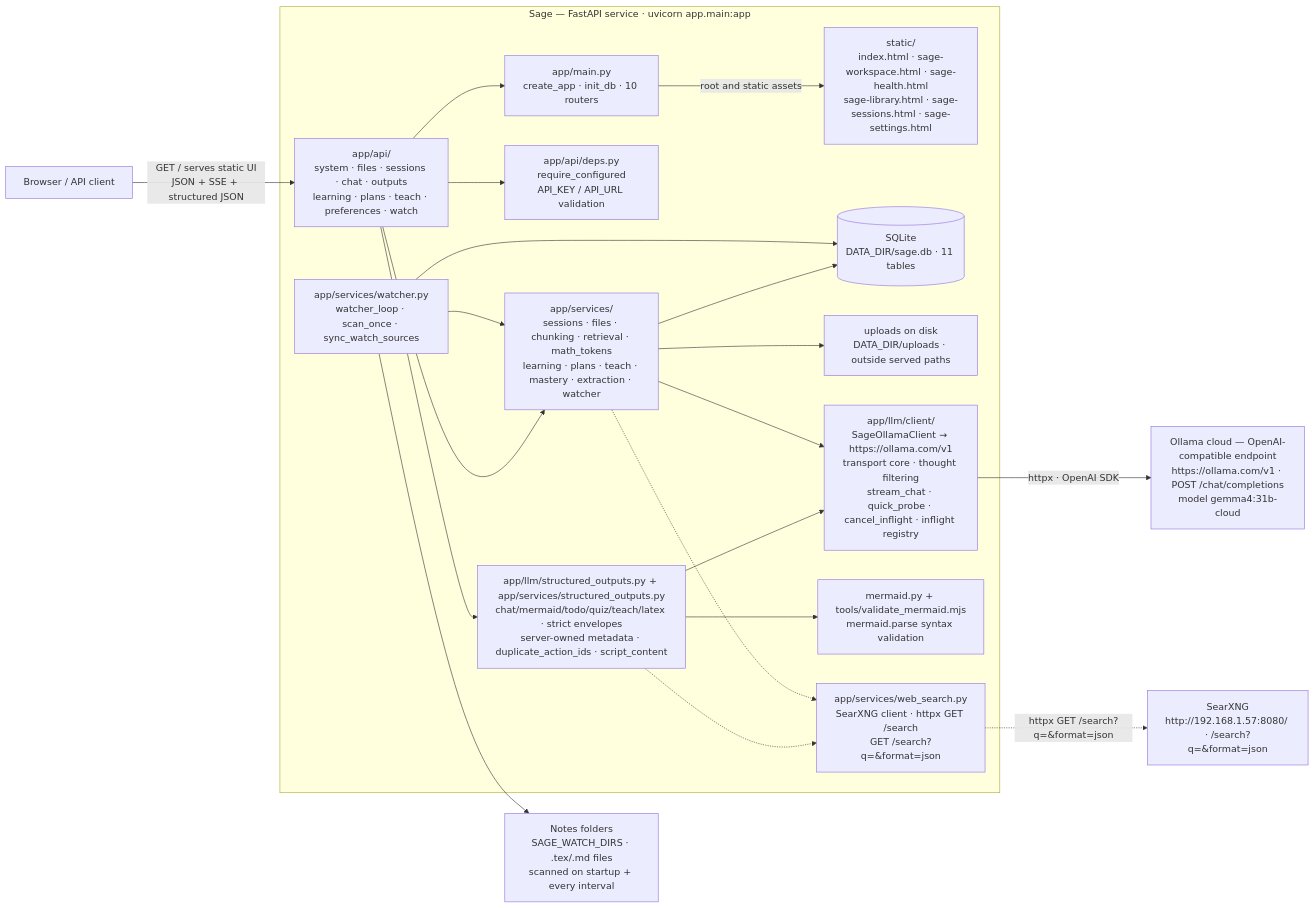
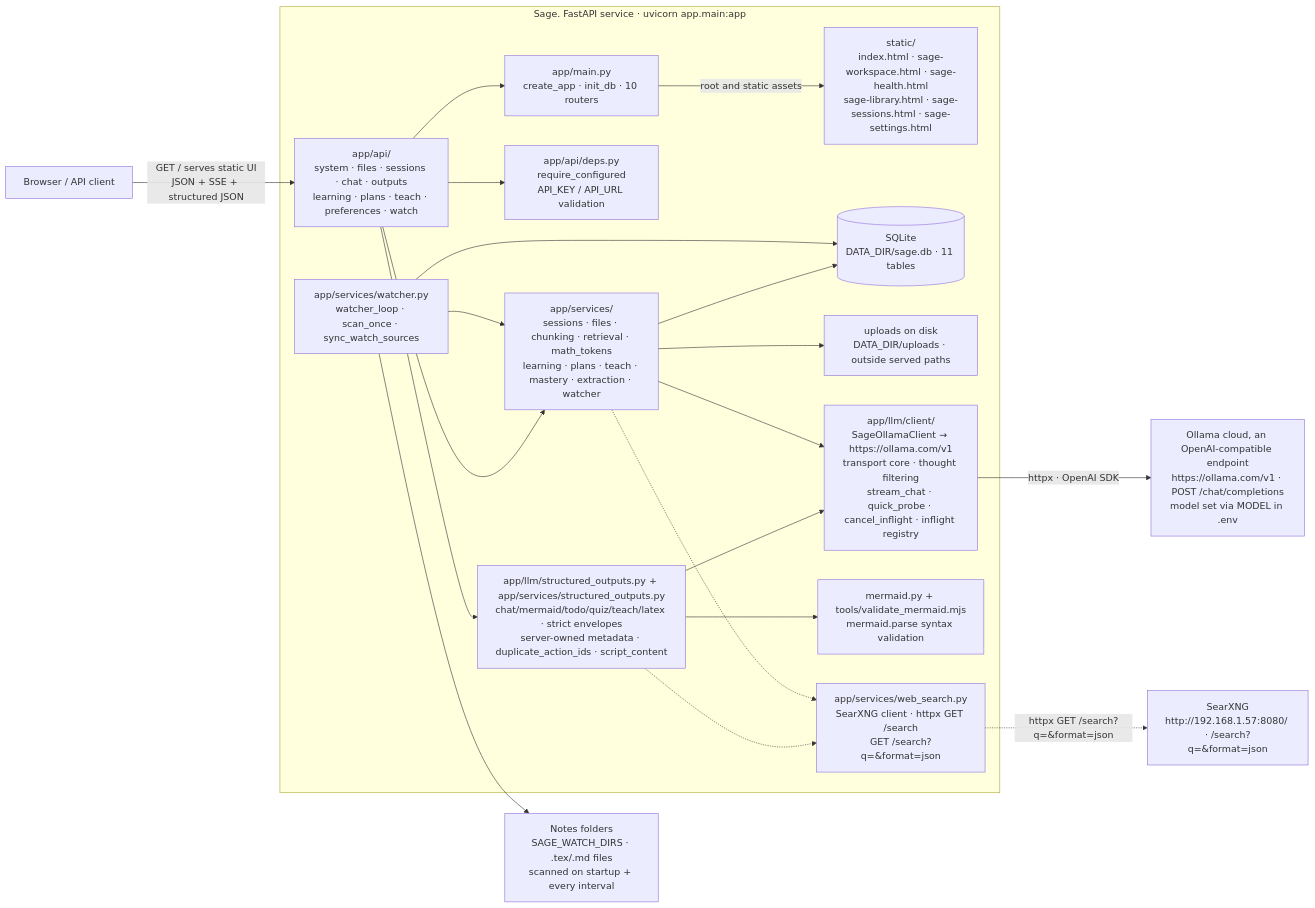
One commit to totallynotbrent/Sage changed the first of 5 diagrams in README.md. Above: the diagram before and after it, drawn with Mermaid. The commit also changed other lines of this file and 37 other files, not shown here.

````diff
--- a/README.md
+++ b/README.md
@@ -111,40 +111,40 @@
 ```mermaid
 flowchart LR
     CLIENT["Browser / API client"] -->|"GET / serves static UI<br/>JSON + SSE + structured JSON"| API
-    B["Ollama cloud — OpenAI-compatible endpoint<br/>https://ollama.com/v1 · POST /chat/completions<br/>model gemma4:31b-cloud"]
+    B["Ollama cloud, an OpenAI-compatible endpoint<br/>https://ollama.com/v1 · POST /chat/completions<br/>model set via MODEL in .env"]
     SEARXNG["SearXNG<br/>http://192.168.1.57:8080/ · /search?q=&format=json"]
 
-    subgraph APP["Sage — FastAPI service · uvicorn app.main:app"]
+    subgraph APP["Sage. FastAPI service · uvicorn app.main:app"]
         MAIN["app/main.py<br/>create_app · init_db · 10 routers"]
         UI["static/<br/>index.html · sage-workspace.html · sage-health.html<br/>sage-library.html · sage-sessions.html · sage-settings.html"]
         API["app/api/<br/>system · files · sessions · chat · outputs<br/>learning · plans · teach · preferences · watch"]
         DEPS["app/api/deps.py<br/>require_configured<br/>API_KEY / API_URL validation"]
         SVC["app/services/<br/>sessions · files · chunking · retrieval · math_tokens<br/>learning · plans · teach · mastery · extraction · watcher"]
         WATCH["app/services/watcher.py<br/>watcher_loop · scan_once · sync_watch_sources"]
         DB[("SQLite<br/>DATA_DIR/sage.db · 11 tables")]
         UP["uploads on disk<br/>DATA_DIR/uploads · outside served paths"]
         LLM["app/llm/client/<br/>SageOllamaClient → https://ollama.com/v1<br/>transport core · thought filtering<br/>stream_chat · quick_probe · cancel_inflight · inflight registry"]
         STRUCT["app/llm/structured_outputs.py + app/services/structured_outputs.py<br/>chat/mermaid/todo/quiz/teach/latex · strict envelopes<br/>server-owned metadata · duplicate_action_ids · script_content"]
         MERMAID["mermaid.py + tools/validate_mermaid.mjs<br/>mermaid.parse syntax validation"]
         WEBSEARCH["app/services/web_search.py<br/>SearXNG client · httpx GET /search<br/>GET /search?q=&format=json"]
     end
     NOTES["Notes folders<br/>SAGE_WATCH_DIRS · .tex/.md files<br/>scanned on startup + every interval"]
 
     API --> MAIN
     MAIN -->|"root and static assets"| UI
     API --> DEPS
     API --> SVC
     API --> STRUCT
     STRUCT --> MERMAID
     STRUCT --> LLM
     STRUCT -.-> WEBSEARCH
     SVC --> DB
     SVC --> UP
     SVC --> LLM
     SVC -.-> WEBSEARCH
     WEBSEARCH -.->|"httpx GET /search?q=&format=json"| SEARXNG
     WATCH --> NOTES
     WATCH --> DB
     WATCH --> SVC
     LLM -->|"httpx · OpenAI SDK"| B
 ```
````
